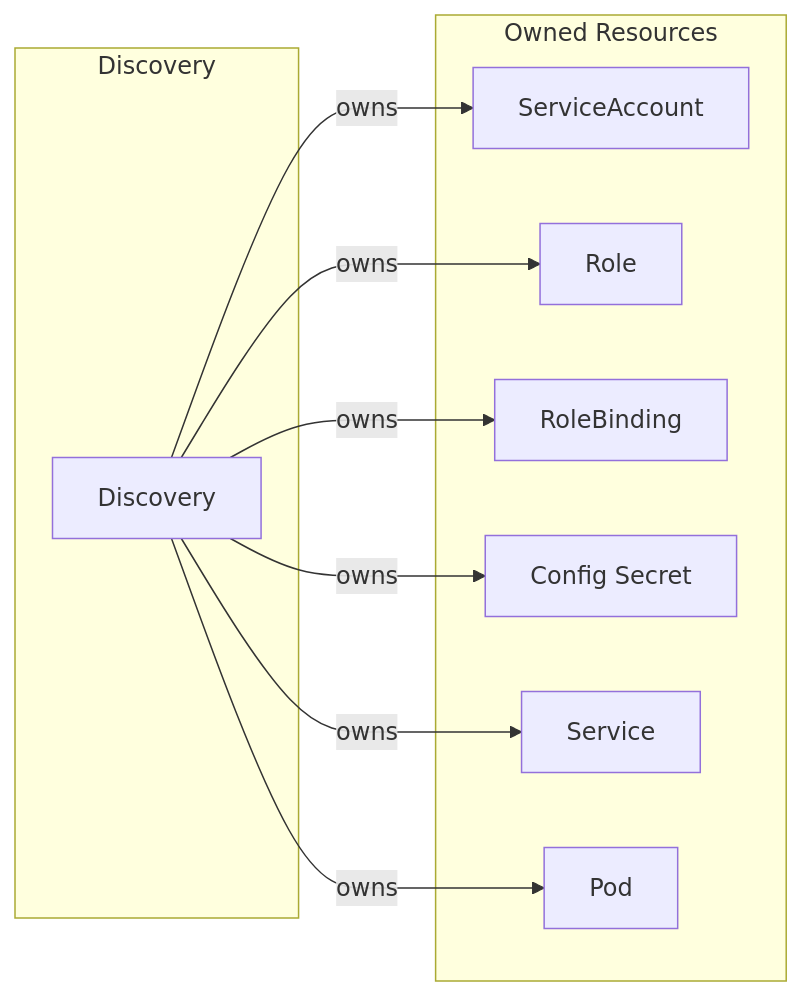
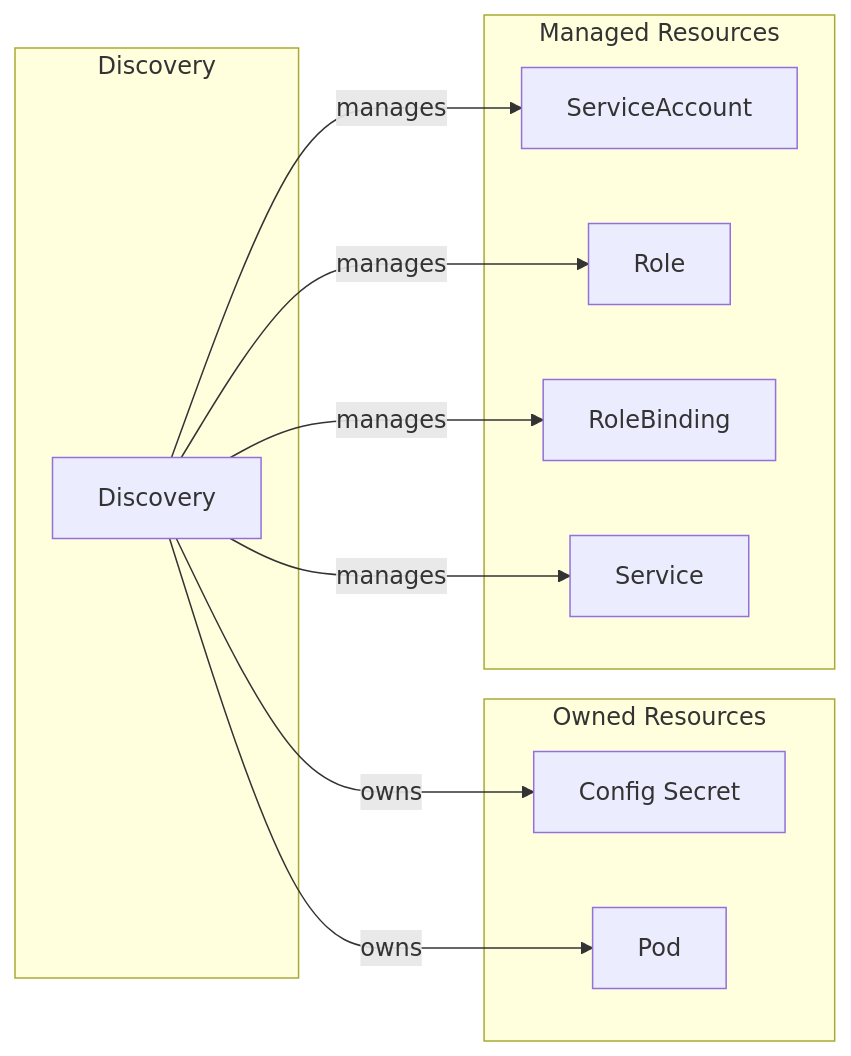
Before and after one commit to opendefensecloud/solution-arsenal: the third of 3 diagrams in docs/developer-guide/discovery_controller.md, drawn with Mermaid. The commit also changed other lines of this file and 6 other files, not shown here.

````diff
--- a/docs/developer-guide/discovery_controller.md
+++ b/docs/developer-guide/discovery_controller.md
@@ -77,22 +77,25 @@
 ```mermaid
 flowchart LR
     subgraph Discovery
         D[Discovery]
     end
 
     subgraph Owned Resources
+        Secret[Config Secret]
+        Pod[Pod]
+    end
+
+    subgraph Managed Resources
         SA[ServiceAccount]
         Role[Role]
         RB[RoleBinding]
-        Secret[Config Secret]
         Svc[Service]
-        Pod[Pod]
     end
 
-    D -->|owns| SA
-    D -->|owns| Role
-    D -->|owns| RB
     D -->|owns| Secret
-    D -->|owns| Svc
     D -->|owns| Pod
+    D -->|manages| SA
+    D -->|manages| Role
+    D -->|manages| RB
+    D -->|manages| Svc
 ```
````
